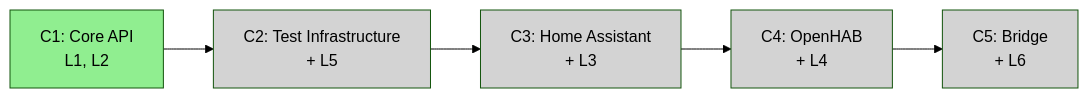
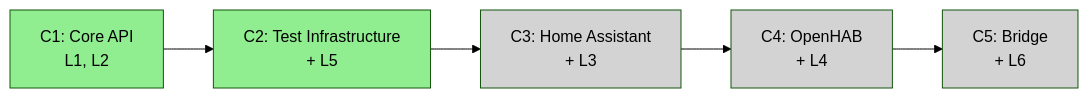
One commit to mdproctor/iot changed the eighth of 8 diagrams in ARC42STORIES.MD. Above: the diagram before and after it, drawn with Mermaid (forest theme). The commit also changed other lines of this file, not shown here.

````diff
--- a/ARC42STORIES.MD
+++ b/ARC42STORIES.MD
@@ -474,13 +474,13 @@
 ```mermaid
 flowchart LR
   C1["C1: Core API\nL1, L2"] --> C2["C2: Test Infrastructure\n+ L5"]
   C2 --> C3["C3: Home Assistant\n+ L3"]
   C3 --> C4["C4: OpenHAB\n+ L4"]
   C4 --> C5["C5: Bridge\n+ L6"]
 
   style C1 fill:#90EE90,color:#000
-  style C2 fill:#D3D3D3,color:#000
+  style C2 fill:#90EE90,color:#000
   style C3 fill:#D3D3D3,color:#000
   style C4 fill:#D3D3D3,color:#000
   style C5 fill:#D3D3D3,color:#000
 ```
````
